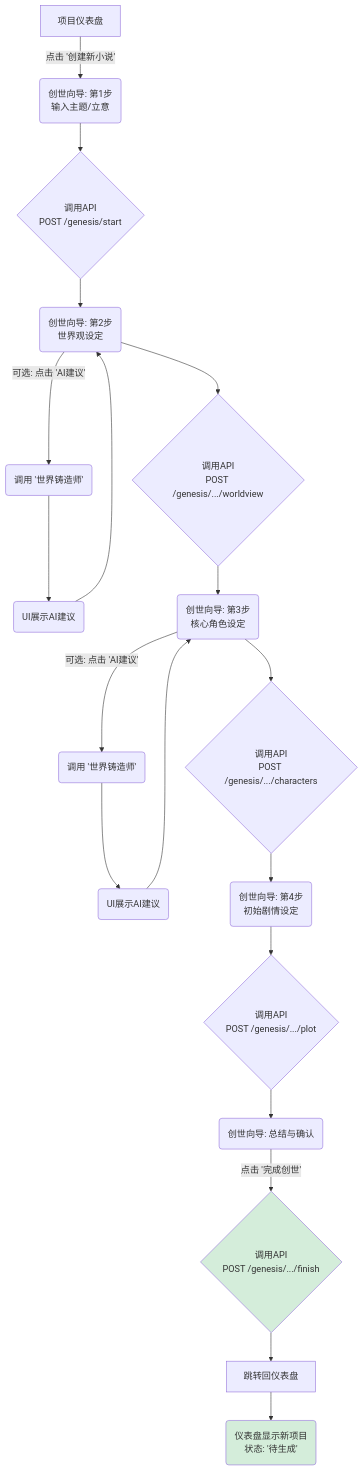
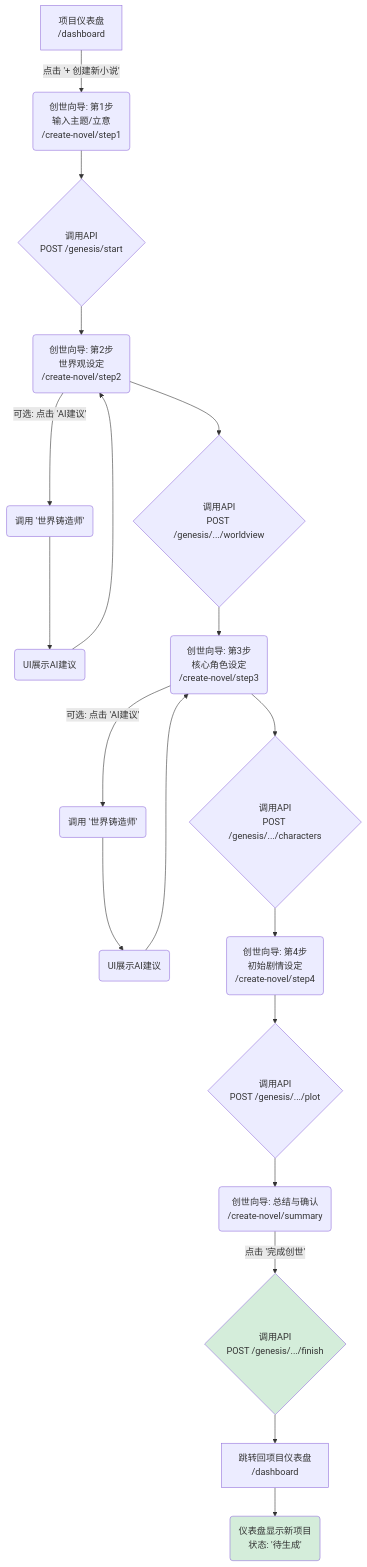
One commit to zhiyue/infinite-scribe changed the second of 3 diagrams in docs/front-end-spec.md. Above: the diagram before and after it, drawn with Mermaid. The commit also changed other lines of this file, not shown here.

````diff
--- a/docs/front-end-spec.md
+++ b/docs/front-end-spec.md
@@ -99,24 +115,24 @@
 ```mermaid
 graph TD
-    A[项目仪表盘] -->|点击 '创建新小说'| B(创世向导: 第1步<br/>输入主题/立意)
+    A[项目仪表盘<br/>/dashboard] -->|点击 '+ 创建新小说'| B(创世向导: 第1步<br/>输入主题/立意<br/>/create-novel/step1)
     B --> C{调用API<br/>POST /genesis/start}
-    C --> D(创世向导: 第2步<br/>世界观设定)
+    C --> D(创世向导: 第2步<br/>世界观设定<br/>/create-novel/step2)
     D -->|可选: 点击 'AI建议'| D1(调用 '世界铸造师')
     D1 --> D2(UI展示AI建议)
     D2 --> D
     D --> E{调用API<br/>POST /genesis/.../worldview}
-    E --> F(创世向导: 第3步<br/>核心角色设定)
+    E --> F(创世向导: 第3步<br/>核心角色设定<br/>/create-novel/step3)
     F -->|可选: 点击 'AI建议'| F1(调用 '世界铸造师')
     F1 --> F2(UI展示AI建议)
     F2 --> F
     F --> G{调用API<br/>POST /genesis/.../characters}
-    G --> H(创世向导: 第4步<br/>初始剧情设定)
+    G --> H(创世向导: 第4步<br/>初始剧情设定<br/>/create-novel/step4)
     H --> I{调用API<br/>POST /genesis/.../plot}
-    I --> J(创世向导: 总结与确认)
+    I --> J(创世向导: 总结与确认<br/>/create-novel/summary)
     J -->|点击 '完成创世'| K{调用API<br/>POST /genesis/.../finish}
-    K --> L[跳转回仪表盘]
+    K --> L[跳转回项目仪表盘<br/>/dashboard]
     L --> M(仪表盘显示新项目<br/>状态: '待生成')
 
     style K fill:#D4EDDA
     style M fill:#D4EDDA
 ```
````
